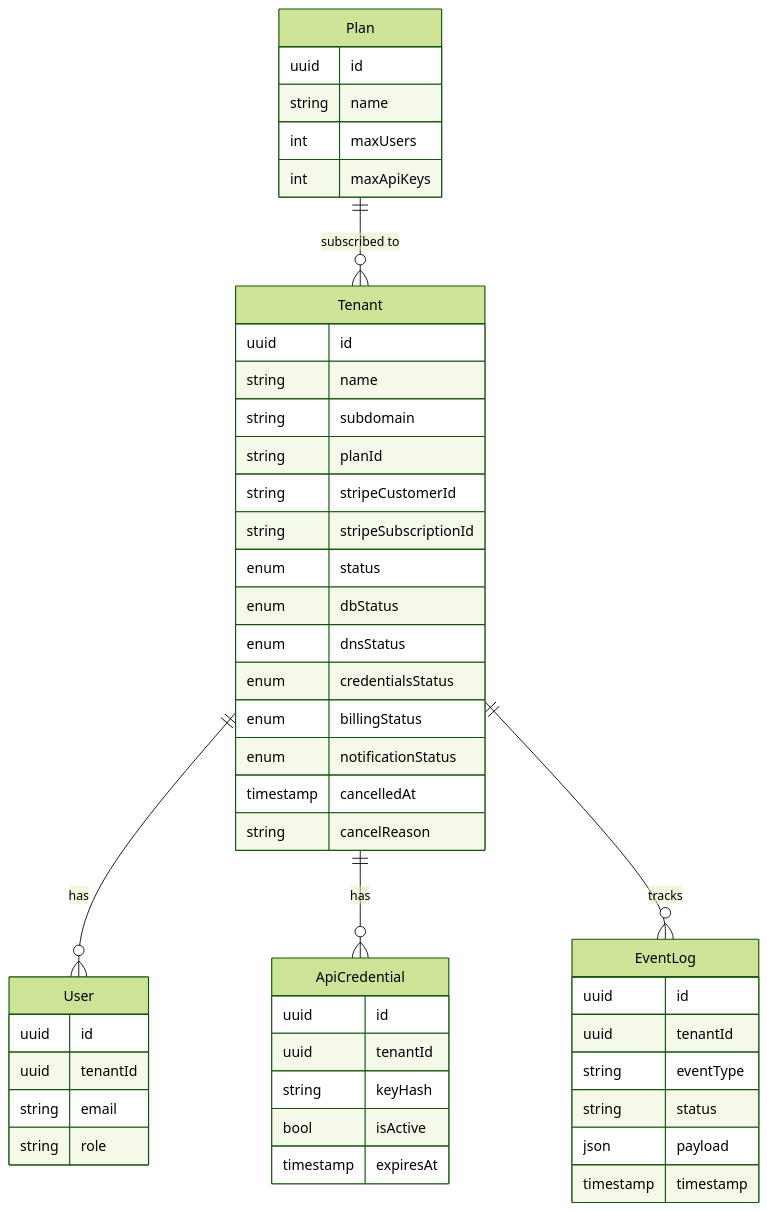
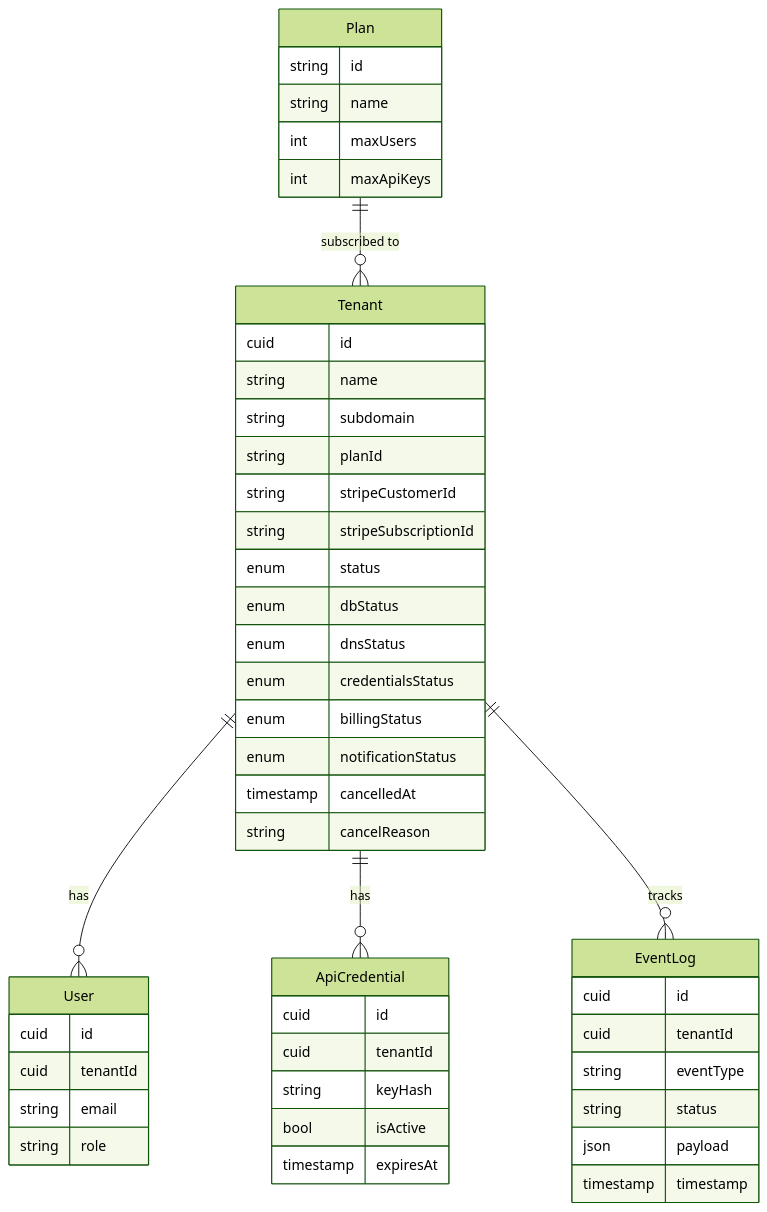
One commit to Olayanju-1234/liftoff changed the third of 3 diagrams in README.md. Above: the diagram before and after it, drawn with Mermaid (forest theme).

Commit message:
docs(readme): show cuid ids in the data model diagram

````diff
--- a/README.md
+++ b/README.md
@@ -169,55 +169,55 @@
 ```mermaid
 erDiagram
     Plan {
-        uuid id
+        string id
         string name
         int maxUsers
         int maxApiKeys
     }
 
     Tenant {
-        uuid id
+        cuid id
         string name
         string subdomain
         string planId
         string stripeCustomerId
         string stripeSubscriptionId
         enum status
         enum dbStatus
         enum dnsStatus
         enum credentialsStatus
         enum billingStatus
         enum notificationStatus
         timestamp cancelledAt
         string cancelReason
     }
 
     User {
-        uuid id
-        uuid tenantId
+        cuid id
+        cuid tenantId
         string email
         string role
     }
 
     ApiCredential {
-        uuid id
-        uuid tenantId
+        cuid id
+        cuid tenantId
         string keyHash
         bool isActive
         timestamp expiresAt
     }
 
     EventLog {
-        uuid id
-        uuid tenantId
+        cuid id
+        cuid tenantId
         string eventType
         string status
         json payload
         timestamp timestamp
     }
 
     Plan ||--o{ Tenant : "subscribed to"
     Tenant ||--o{ User : "has"
     Tenant ||--o{ ApiCredential : "has"
     Tenant ||--o{ EventLog : "tracks"
 ```
````
